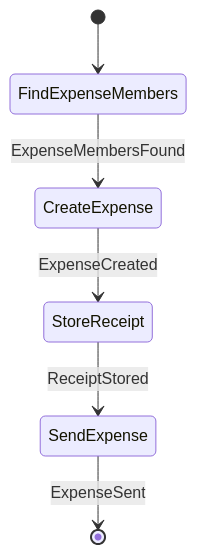
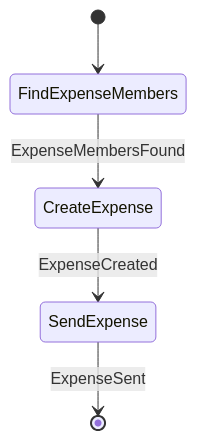
One commit to cbgm/Sparrow changed the second of 15 diagrams in docs/architecture/workflows/groupstate.md. Above: the diagram before and after it, drawn with Mermaid. The commit also changed other lines of this file and 62 other files, not shown here.

````diff
--- a/docs/architecture/workflows/groupstate.md
+++ b/docs/architecture/workflows/groupstate.md
@@ -62,8 +63,7 @@
 ```mermaid
 stateDiagram-v2
     [*] --> FindExpenseMembers
     FindExpenseMembers --> CreateExpense : ExpenseMembersFound
-    CreateExpense --> StoreReceipt : ExpenseCreated
-    StoreReceipt --> SendExpense : ReceiptStored
+    CreateExpense --> SendExpense : ExpenseCreated
     SendExpense --> [*] : ExpenseSent
 ```
````
